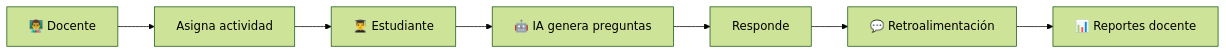
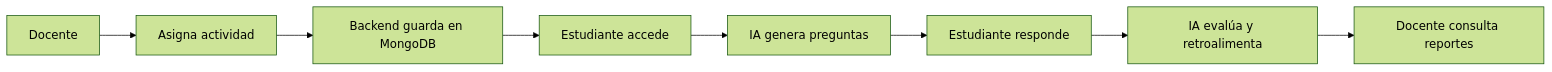
The second of 6 diagrams in PPT_IMPLEMENTACION_DEMOSTRACION_ICACIT.md (Nilton-Lazo/proyecto-mern-ia), drawn with Mermaid (forest theme) before and after one commit. The commit also changed other lines of this file and 1 other file, not shown here.

````diff
--- a/PPT_IMPLEMENTACION_DEMOSTRACION_ICACIT.md
+++ b/PPT_IMPLEMENTACION_DEMOSTRACION_ICACIT.md
@@ -86,9 +95,10 @@
 ```mermaid
 flowchart LR
-    A[👨‍🏫 Docente] --> B[Asigna actividad]
-    B --> C[👨‍🎓 Estudiante]
-    C --> D[🤖 IA genera preguntas]
-    D --> E[Responde]
-    E --> F[💬 Retroalimentación]
-    F --> G[📊 Reportes docente]
+    A[Docente] --> B[Asigna actividad]
+    B --> C[Backend guarda en MongoDB]
+    C --> D[Estudiante accede]
+    D --> E[IA genera preguntas]
+    E --> F[Estudiante responde]
+    F --> G[IA evalúa y retroalimenta]
+    G --> H[Docente consulta reportes]
 ```
````
